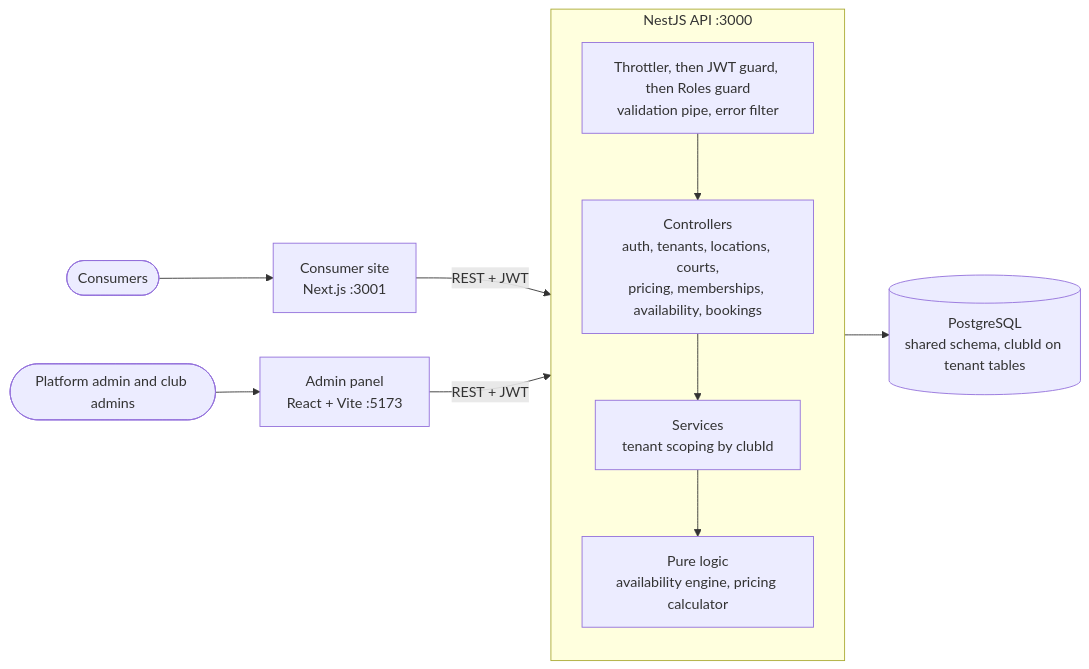
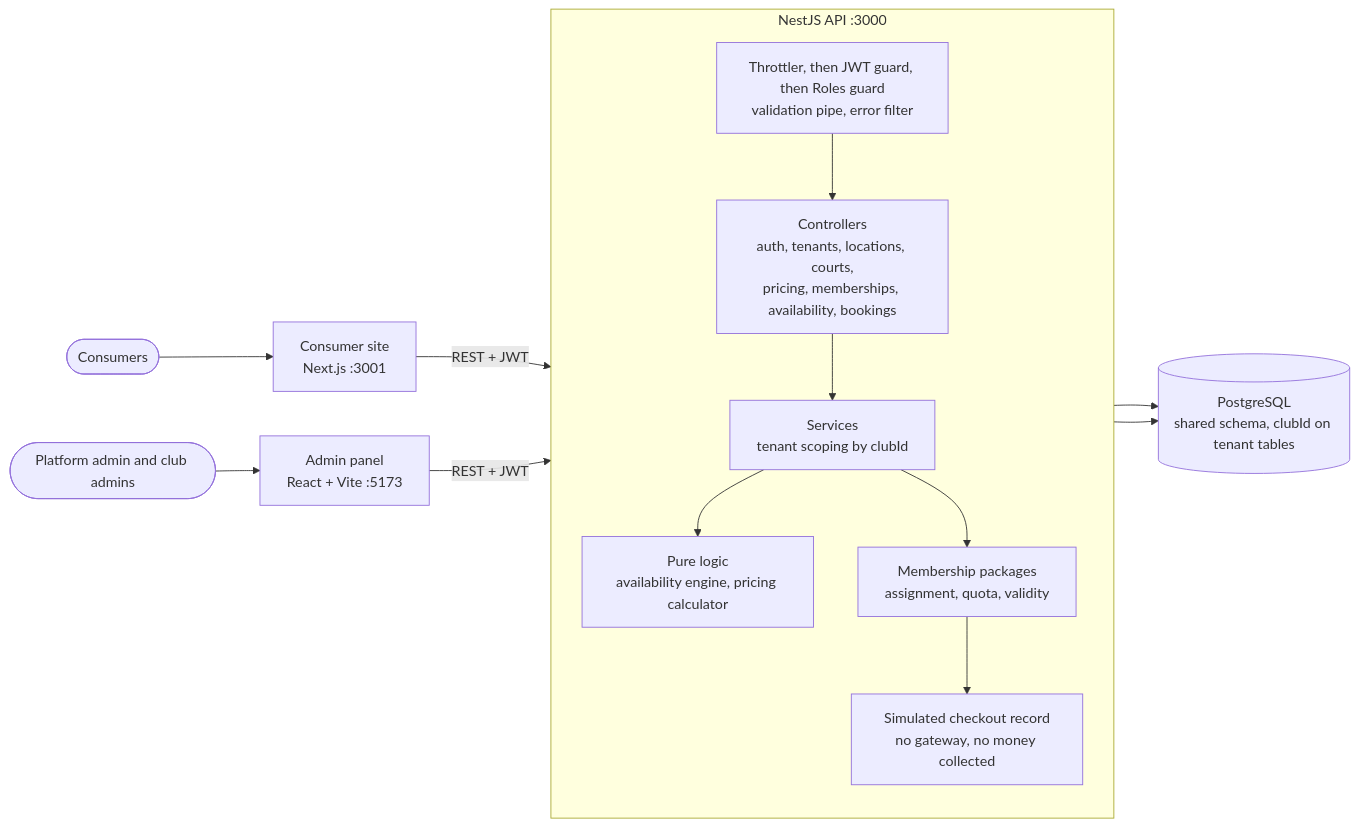
Before and after one commit to unais-k/Club-Management-Multi-Tenant-SaaS: the diagram in docs/architecture.md, drawn with Mermaid. The commit also changed other lines of this file and 12 other files, not shown here.

Commit message:
docs: document membership packages and consolidate database migrations

````diff
--- a/docs/architecture.md
+++ b/docs/architecture.md
@@ -3,17 +3,20 @@
 ```mermaid
 flowchart LR
     consumers([Consumers]) --> web["Consumer site<br/>Next.js :3001"]
     admins([Platform admin and club admins]) --> admin["Admin panel<br/>React + Vite :5173"]
     web -->|REST + JWT| api
     admin -->|REST + JWT| api
 
     subgraph backend["NestJS API :3000"]
         direction TB
         api["Throttler, then JWT guard, then Roles guard<br/>validation pipe, error filter"]
         api --> ctrl["Controllers<br/>auth, tenants, locations, courts,<br/>pricing, memberships, availability, bookings"]
         ctrl --> svc["Services<br/>tenant scoping by clubId"]
         svc --> engine["Pure logic<br/>availability engine, pricing calculator"]
+        svc --> membership["Membership packages<br/>assignment, quota, validity"]
+        membership --> demo["Simulated checkout record<br/>no gateway, no money collected"]
     end
 
     svc --> db[("PostgreSQL<br/>shared schema, clubId on tenant tables")]
+    demo --> db
 ```
````
